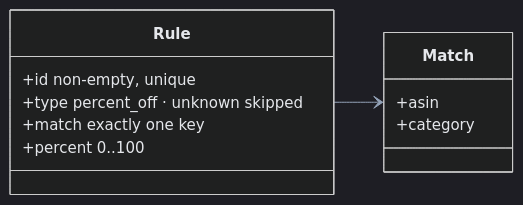
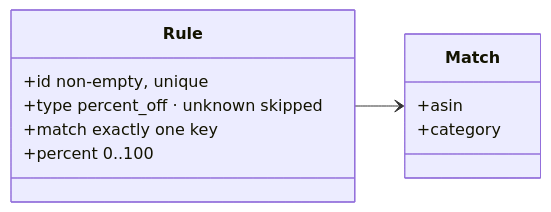
The fourth of 4 diagrams in docs/sessions/2026-09-16-pricing-rules-design/deck/slides.md (oztuck/yugastore-java), drawn with Mermaid before and after one commit. The commit also changed other lines of this file and 6 other files, not shown here.

````diff
--- a/docs/sessions/2026-09-16-pricing-rules-design/deck/slides.md
+++ b/docs/sessions/2026-09-16-pricing-rules-design/deck/slides.md
@@ -201,16 +203,15 @@
 ```mermaid {scale: 0.4}
-%%{init: {'theme':'dark','themeVariables':{'primaryColor':'#1e293b','primaryBorderColor':'#c4b5fd','primaryTextColor':'#e5e7eb','lineColor':'#94a3b8','fontSize':'15px'}}}%%
 classDiagram
     direction LR
     class Rule {
         +id  non-empty, unique
         +type  percent_off · unknown skipped
         +match  exactly one key
         +percent  0..100
     }
     class Match {
         +asin
         +category
     }
     Rule --> Match
 ```
````
